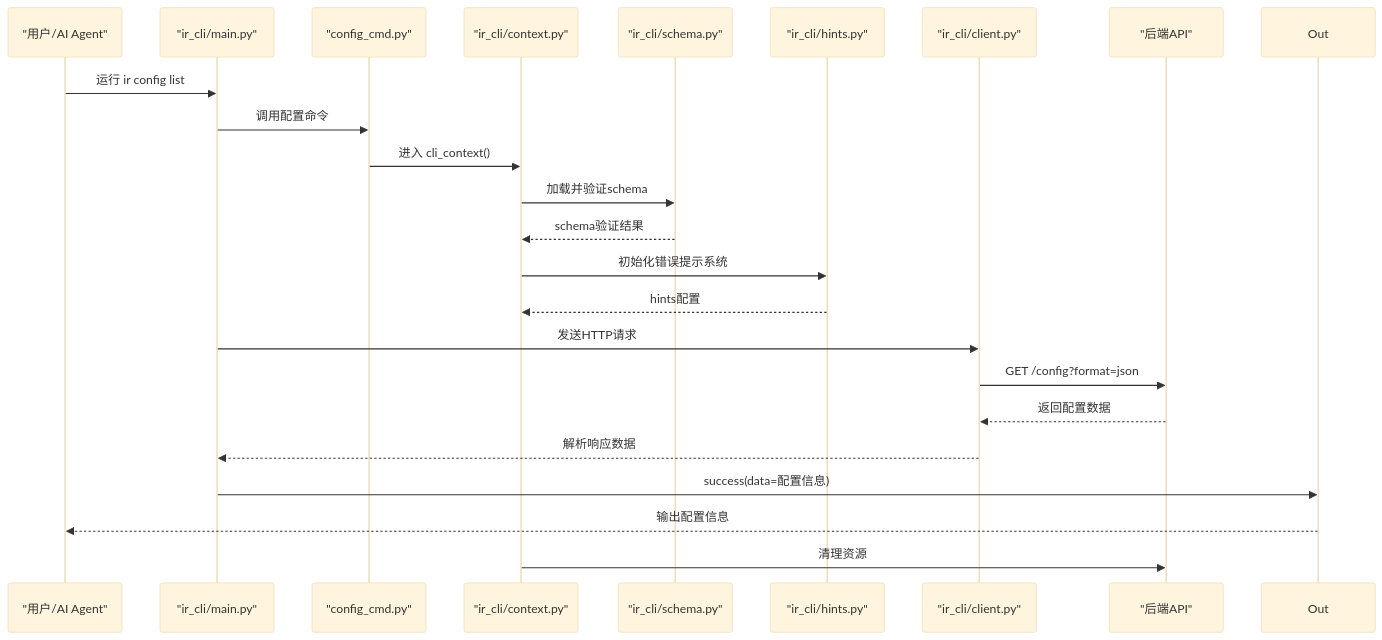
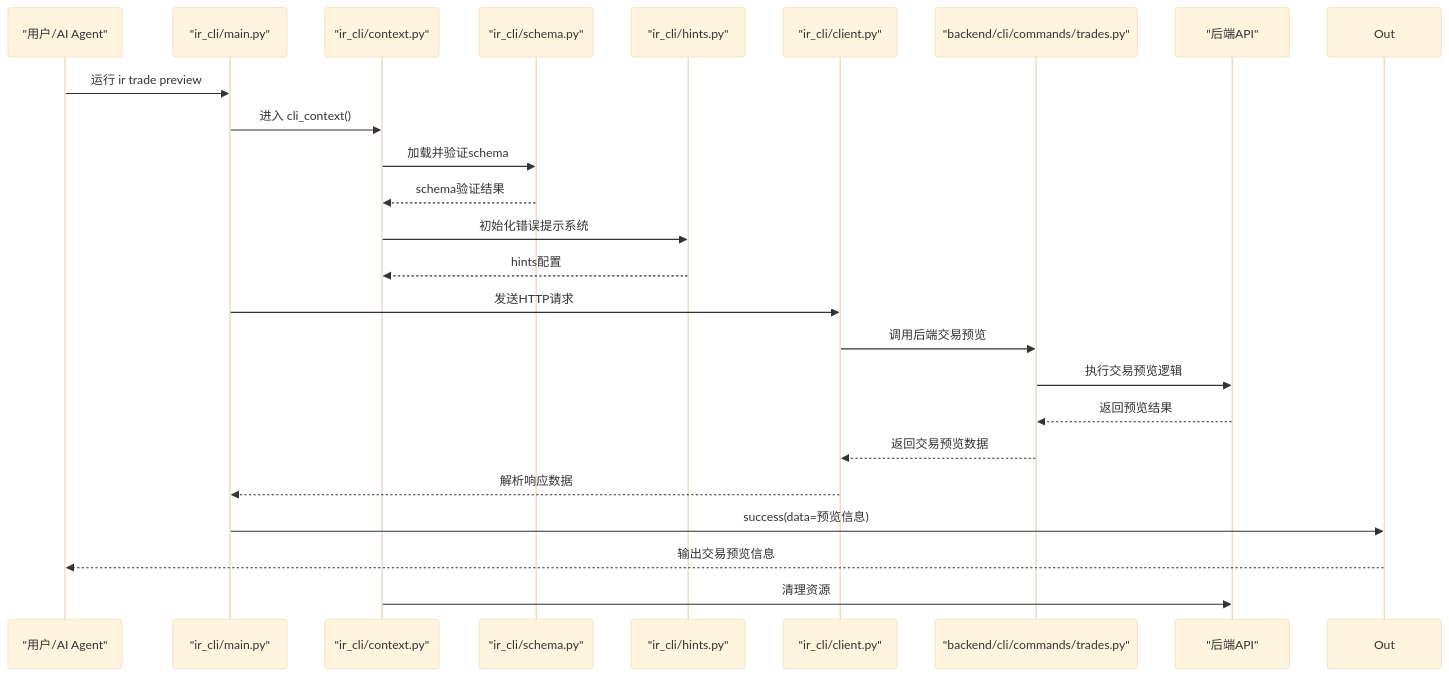
One commit to gujialind/InvestRing changed the second of 4 diagrams in .qoder/repowiki/zh/content/开发指南/InvestRing Admin CLI 工具.md. Above: the diagram before and after it, drawn with Mermaid (base theme). The commit also changed other lines of this file and 19 other files, not shown here.

````diff
--- a/.qoder/repowiki/zh/content/开发指南/InvestRing Admin CLI 工具.md
+++ b/.qoder/repowiki/zh/content/开发指南/InvestRing Admin CLI 工具.md
@@ -141,25 +135,26 @@
 ```mermaid
 sequenceDiagram
 participant User as "用户/AI Agent"
 participant CLI as "ir_cli/main.py"
-participant CfgCmd as "config_cmd.py"
 participant Ctx as "ir_cli/context.py"
 participant Sch as "ir_cli/schema.py"
 participant Hnt as "ir_cli/hints.py"
 participant Cli as "ir_cli/client.py"
+participant BackendCLI as "backend/cli/commands/trades.py"
 participant API as "后端API"
-User->>CLI : 运行 ir config list
-CLI->>CfgCmd : 调用配置命令
-CfgCmd->>Ctx : 进入 cli_context()
+User->>CLI : 运行 ir trade preview
+CLI->>Ctx : 进入 cli_context()
 Ctx->>Sch : 加载并验证schema
 Sch-->>Ctx : schema验证结果
 Ctx->>Hnt : 初始化错误提示系统
 Hnt-->>Ctx : hints配置
 CLI->>Cli : 发送HTTP请求
-Cli->>API : GET /config?format=json
-API-->>Cli : 返回配置数据
+Cli->>BackendCLI : 调用后端交易预览
+BackendCLI->>API : 执行交易预览逻辑
+API-->>BackendCLI : 返回预览结果
+BackendCLI-->>Cli : 返回交易预览数据
 Cli-->>CLI : 解析响应数据
-CLI->>Out : success(data=配置信息)
-Out-->>User : 输出配置信息
+CLI->>Out : success(data=预览信息)
+Out-->>User : 输出交易预览信息
 Ctx->>API : 清理资源
 ```
````
